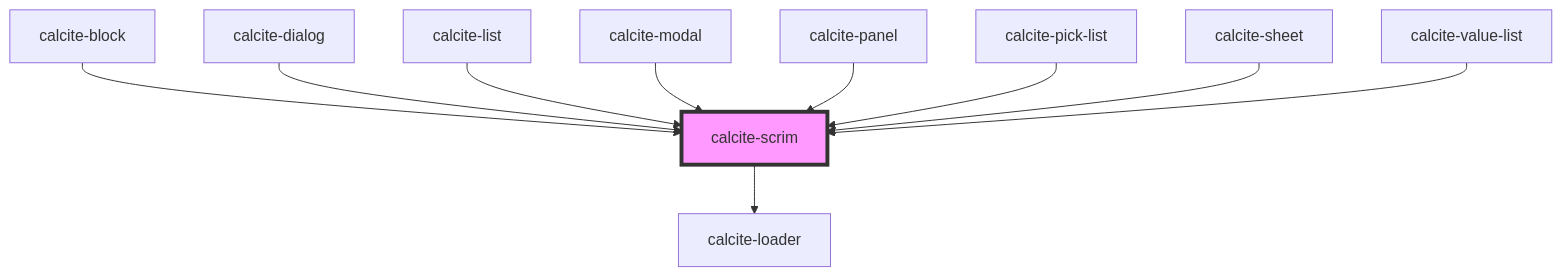
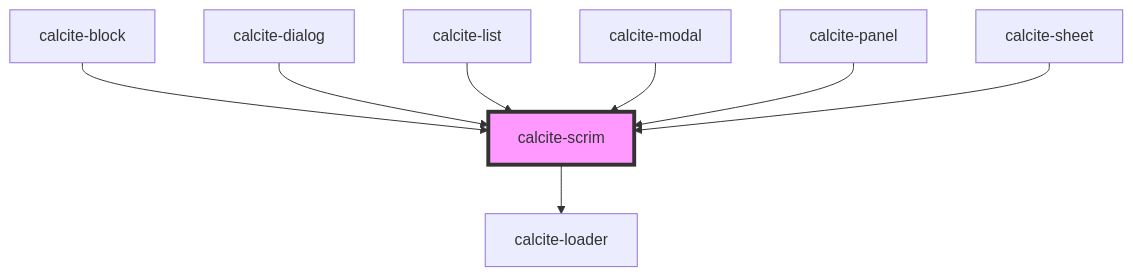
The diagram in packages/calcite-components/src/components/scrim/readme.md (Esri/calcite-design-system), drawn with Mermaid before and after one commit. The commit also changed other lines of this file and 25 other files, not shown here.

````diff
--- a/packages/calcite-components/src/components/scrim/readme.md
+++ b/packages/calcite-components/src/components/scrim/readme.md
@@ -45,13 +43,11 @@
 ```mermaid
 graph TD;
   calcite-scrim --> calcite-loader
   calcite-block --> calcite-scrim
   calcite-dialog --> calcite-scrim
   calcite-list --> calcite-scrim
   calcite-modal --> calcite-scrim
   calcite-panel --> calcite-scrim
-  calcite-pick-list --> calcite-scrim
   calcite-sheet --> calcite-scrim
-  calcite-value-list --> calcite-scrim
   style calcite-scrim fill:#f9f,stroke:#333,stroke-width:4px
 ```
````
